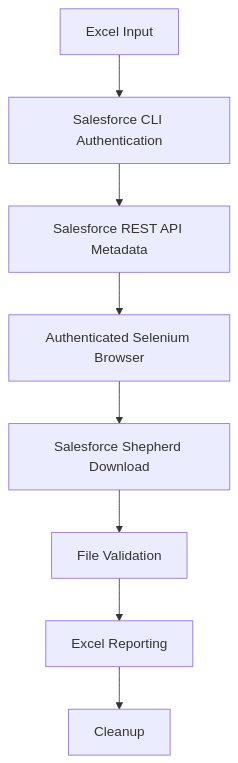
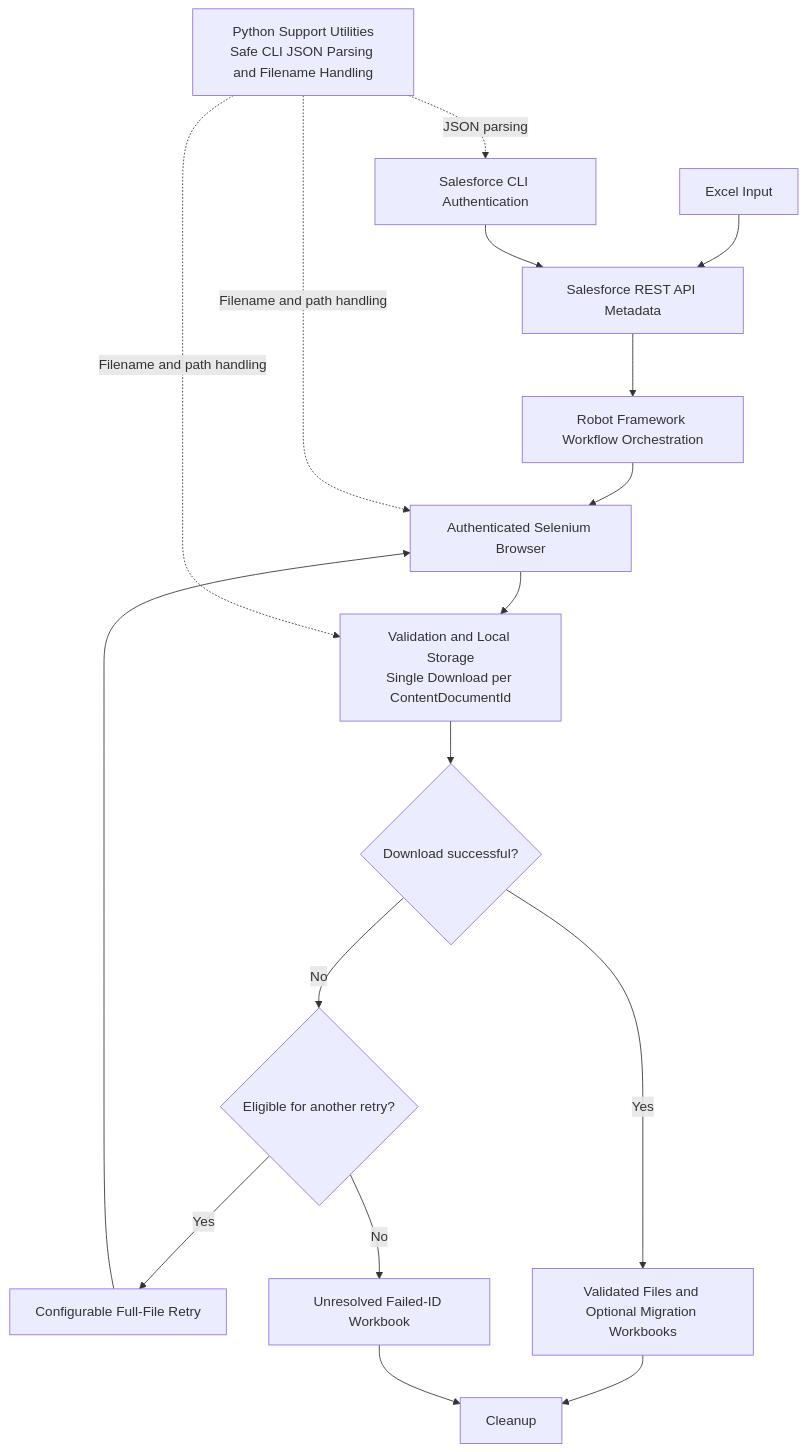
The diagram in docs/Architecture.md (b-vamsipunnam/salesforce-files-downloader-tool), drawn with Mermaid before and after one commit. The commit also changed other lines of this file and 20 other files, not shown here.

Commit message:
Refactored: improve download reliability, retry recovery, and documentation

````diff
--- a/docs/Architecture.md
+++ b/docs/Architecture.md
@@ -8,19 +8,33 @@
 ```mermaid
 flowchart TD
     INPUT[Excel Input]
     CLI[Salesforce CLI Authentication]
     API[Salesforce REST API Metadata]
+    ROBOT[Robot Framework Workflow Orchestration]
+    SUPPORT[Python Support Utilities<br/>Safe CLI JSON Parsing and Filename Handling]
     BROWSER[Authenticated Selenium Browser]
-    SHEPHERD[Salesforce Shepherd Download]
-    VALIDATE[File Validation]
-    REPORT[Excel Reporting]
+    VALIDATE[Validation and Local Storage<br/>Single Download per ContentDocumentId]
+    SUCCESS{Download successful?}
+    RETRYABLE{Eligible for another retry?}
+    RETRY[Configurable Full-File Retry]
+    OUTPUT[Validated Files and Optional Migration Workbooks]
+    FAILED[Unresolved Failed-ID Workbook]
     CLEANUP[Cleanup]
 
-    INPUT --> CLI
+    INPUT --> API
     CLI --> API
-    API --> BROWSER
-    BROWSER --> SHEPHERD
-    SHEPHERD --> VALIDATE
-    VALIDATE --> REPORT
-    REPORT --> CLEANUP
+    API --> ROBOT
+    ROBOT --> BROWSER
+    BROWSER --> VALIDATE
+    SUPPORT -. JSON parsing .-> CLI
+    SUPPORT -. Filename and path handling .-> BROWSER
+    SUPPORT -. Filename and path handling .-> VALIDATE
+    VALIDATE --> SUCCESS
+    SUCCESS -- Yes --> OUTPUT
+    SUCCESS -- No --> RETRYABLE
+    RETRYABLE -- Yes --> RETRY
+    RETRY --> BROWSER
+    RETRYABLE -- No --> FAILED
+    OUTPUT --> CLEANUP
+    FAILED --> CLEANUP
 ```
````
